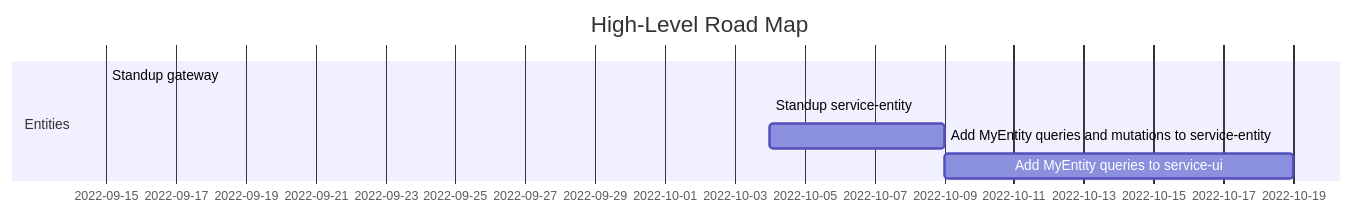
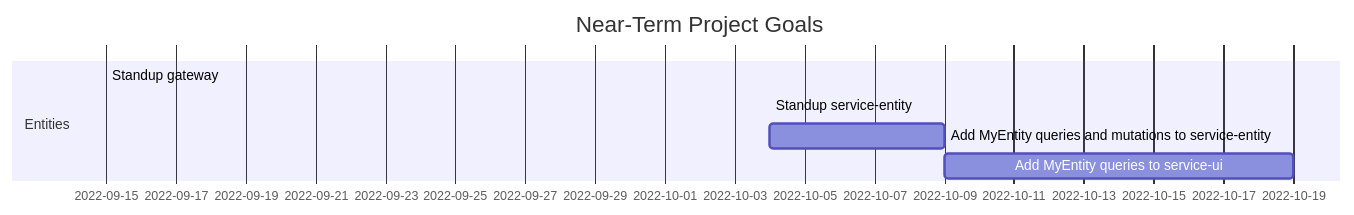
Before and after one commit to AndrewSamaha/schism-root: the second of 2 diagrams in README.md, drawn with Mermaid. The commit also changed other lines of this file, not shown here.

````diff
--- a/README.md
+++ b/README.md
@@ -17,11 +16,11 @@
 ```mermaid
 gantt
 dateFormat  YYY-MM-DD
-title High-Level Road Map
+title Near-Term Project Goals
 
 section Entities
 Standup gateway :done, des1, 2022-09-15, 2022-10-04
 Standup service-entity :done, des2, 2022-10-04, 2022-10-08
 Add MyEntity queries and mutations to service-entity : des3, after des2, 5d
 Add MyEntity queries to service-ui : des4, after des3, 10d
 ```
````
